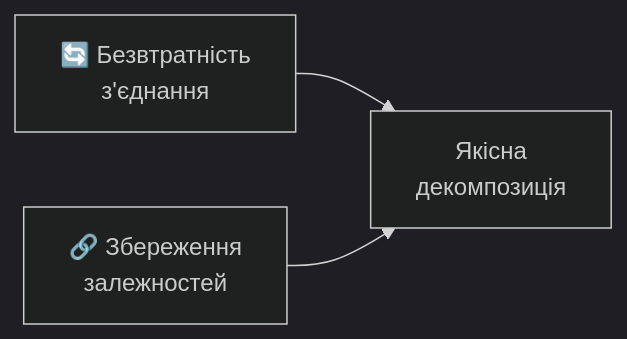
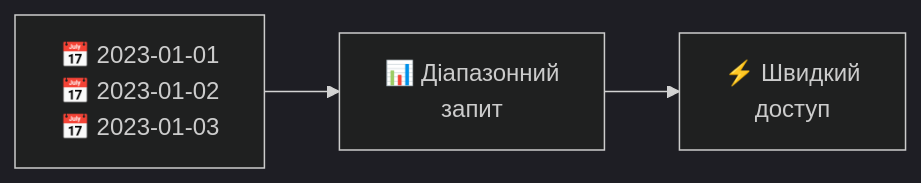
One commit to olroi421/course-bd changed the sixth of 10 diagrams in presentations/presentation-06.md. Above: the diagram before and after it, drawn with Mermaid (dark theme). The commit also changed other lines of this file and 12 other files, not shown here.

````diff
--- a/presentations/presentation-06.md
+++ b/presentations/presentation-06.md
@@ -481,5 +405,5 @@
 ```mermaid
 graph LR
-    A[🔄 Безвтратність<br/>з'єднання] --> C[Якісна<br/>декомпозиція]
-    B[🔗 Збереження<br/>залежностей] --> C
+    A[📅 2023-01-01<br/>📅 2023-01-02<br/>📅 2023-01-03] --> B[📊 Діапазонний<br/>запит]
+    B --> C[⚡ Швидкий<br/>доступ]
 ```
````
